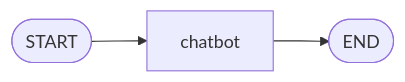
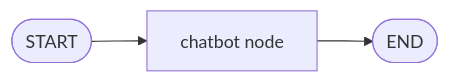
Before and after one commit to Walid-Ahmed/langgraph-tutorials: the first of 2 diagrams in 3_LLM_Messages/README.md, drawn with Mermaid. The commit also changed other lines of this file and 3 other files, not shown here.

````diff
--- a/3_LLM_Messages/README.md
+++ b/3_LLM_Messages/README.md
@@ -20,5 +13,5 @@
 ```mermaid
 flowchart LR
-    START([START]) --> CHATBOT["chatbot"]
+    START([START]) --> CHATBOT["chatbot node"]
     CHATBOT --> END([END])
 ```
````
